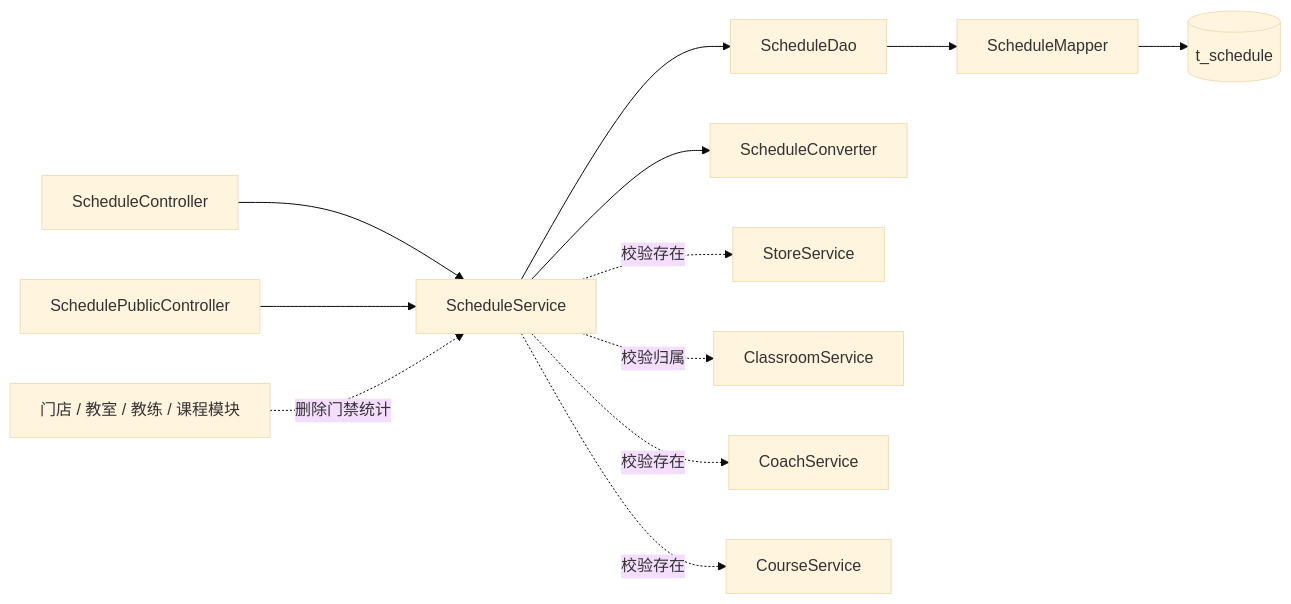
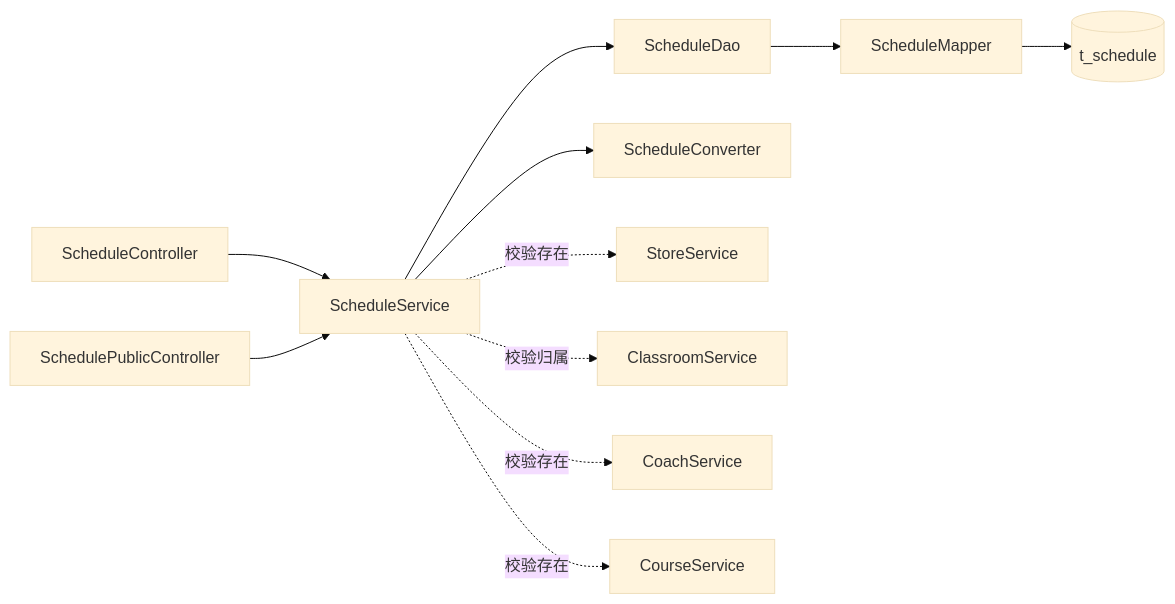
One commit to duo2530/techplant-yoga changed the diagram in docs/详细设计/排课管理详细设计.md. Above: the diagram before and after it, drawn with Mermaid (base theme). The commit also changed other lines of this file and 13 other files, not shown here.

````diff
--- a/docs/详细设计/排课管理详细设计.md
+++ b/docs/详细设计/排课管理详细设计.md
@@ -444,14 +440,13 @@
 ```mermaid
 flowchart LR
     C[ScheduleController] --> S[ScheduleService]
     PC[SchedulePublicController] --> S
     S --> D[ScheduleDao]
     D --> M[ScheduleMapper]
     M --> T[(t_schedule)]
     S --> CV[ScheduleConverter]
     S -.校验存在.-> ST[StoreService]
     S -.校验归属.-> CL[ClassroomService]
     S -.校验存在.-> CO[CoachService]
     S -.校验存在.-> CU[CourseService]
-    SC[门店 / 教室 / 教练 / 课程模块] -.删除门禁统计.-> S
 ```
````
